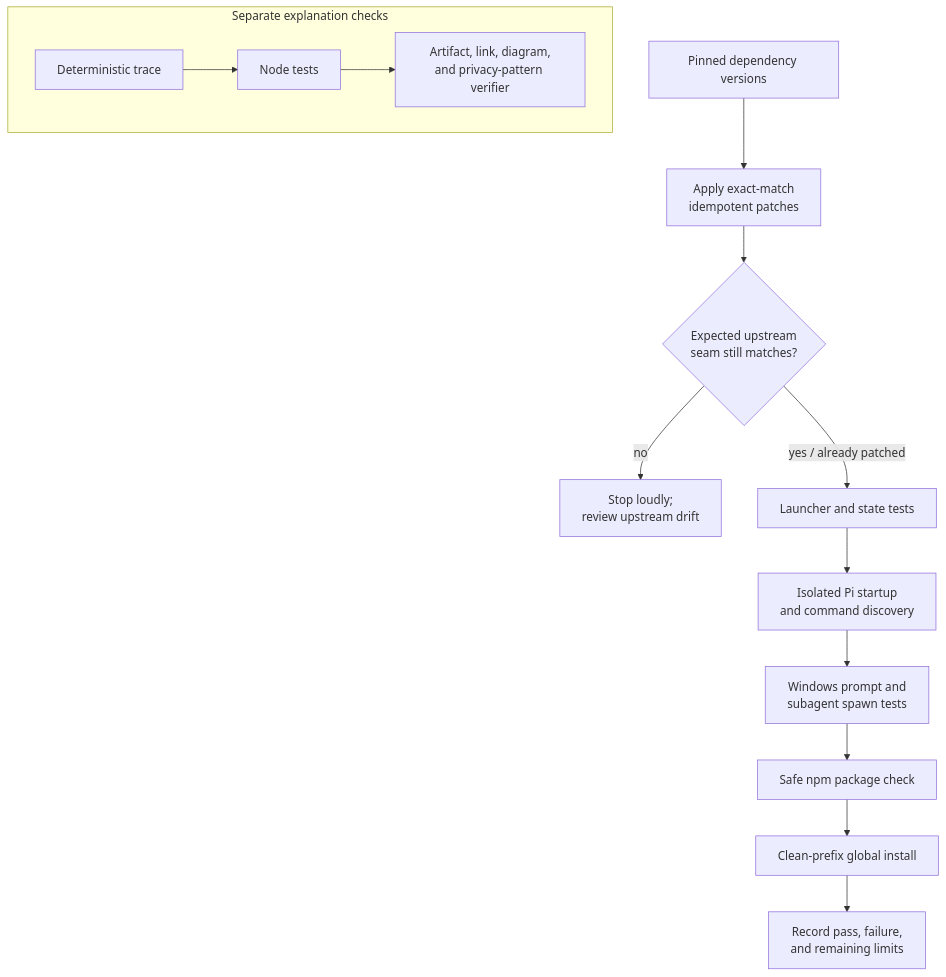
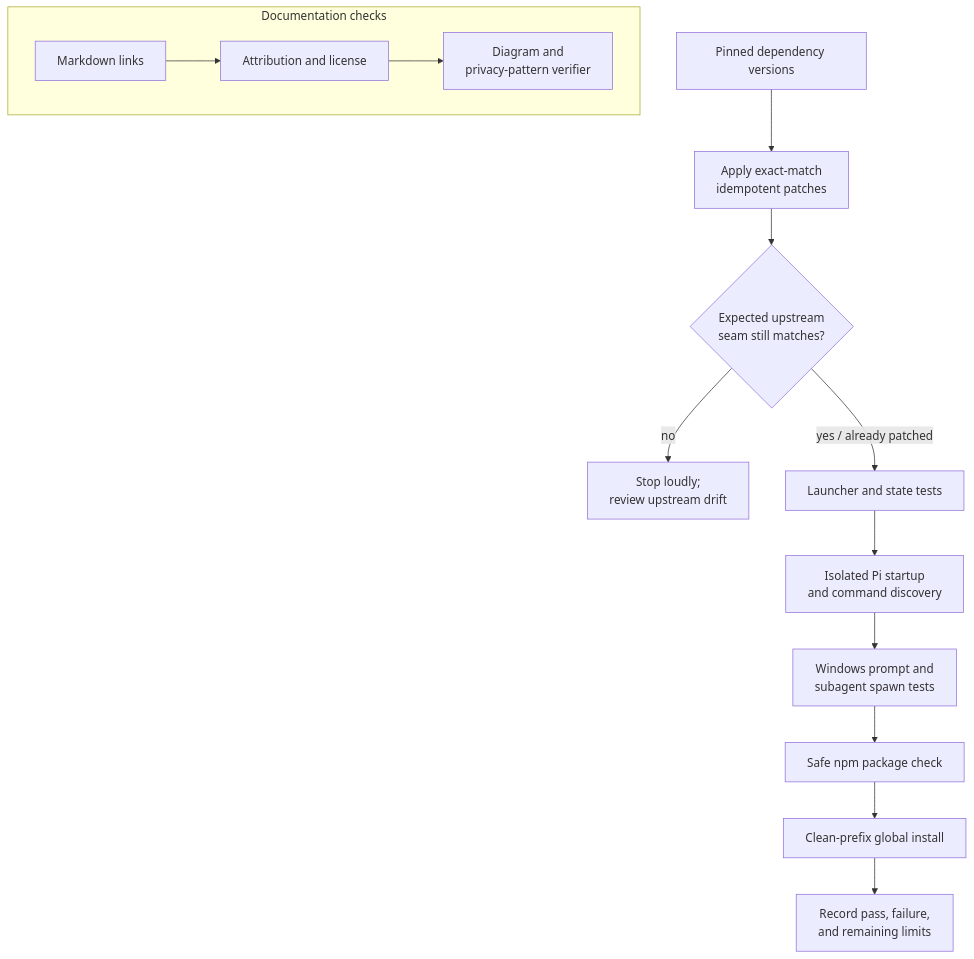
The sixth of 6 diagrams in docs/architecture.md (PPDEGRET/crab-pi), drawn with Mermaid before and after one commit. The commit also changed other lines of this file and 29 other files, not shown here.

````diff
--- a/docs/architecture.md
+++ b/docs/architecture.md
@@ -130,19 +130,19 @@
 ```mermaid
 flowchart TD
 accTitle: Crab verification lifecycle
 accDescr: Crab checks pinned patches, launcher tests, isolated startup, command discovery, Windows transport, package contents, documentation, and a clean global installation before release.
     P["Pinned dependency versions"] --> A["Apply exact-match<br/>idempotent patches"]
     A --> M{"Expected upstream<br/>seam still matches?"}
     M -->|"no"| Stop["Stop loudly;<br/>review upstream drift"]
     M -->|"yes / already patched"| U["Launcher and state tests"]
     U --> R["Isolated Pi startup<br/>and command discovery"]
     R --> W["Windows prompt and<br/>subagent spawn tests"]
     W --> K["Safe npm package check"]
     K --> G["Clean-prefix global install"]
     G --> H["Record pass, failure,<br/>and remaining limits"]
 
-    subgraph Explain["Separate explanation checks"]
-      D["Deterministic trace"] --> N["Node tests"]
-      N --> V["Artifact, link, diagram,<br/>and privacy-pattern verifier"]
+    subgraph Documentation["Documentation checks"]
+      D["Markdown links"] --> N["Attribution and license"]
+      N --> V["Diagram and<br/>privacy-pattern verifier"]
     end
 ```
````
